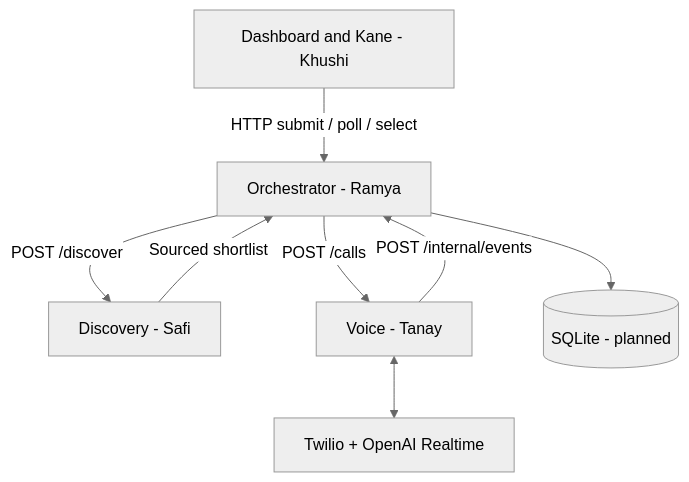
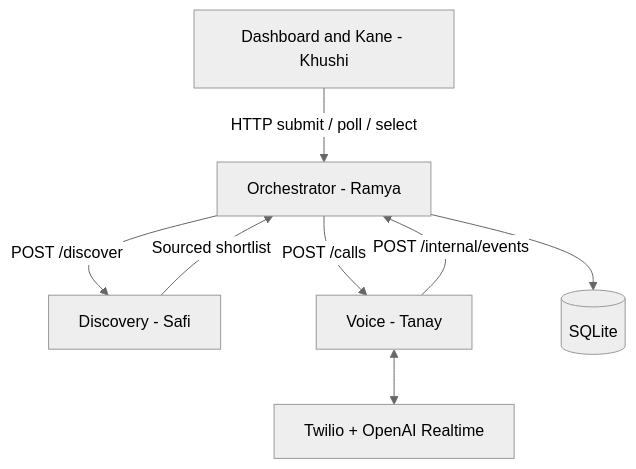
Before and after one commit to RamyaRamachandran-driod/emergency-caller: the diagram in docs/ARCHITECTURE.md, drawn with Mermaid (neutral theme). The commit also changed other lines of this file and 14 other files, not shown here.

````diff
--- a/docs/ARCHITECTURE.md
+++ b/docs/ARCHITECTURE.md
@@ -3,10 +3,10 @@
 ```mermaid
 flowchart TD
  UI[Dashboard and Kane - Khushi] -->|HTTP submit / poll / select| O[Orchestrator - Ramya]
  O -->|POST /discover| D[Discovery - Safi]
  D -->|Sourced shortlist| O
  O -->|POST /calls| V[Voice - Tanay]
  V -->|POST /internal/events| O
  V <--> T[Twilio + OpenAI Realtime]
- O --> DB[(SQLite - planned)]
+ O --> DB[(SQLite)]
 ```
````
